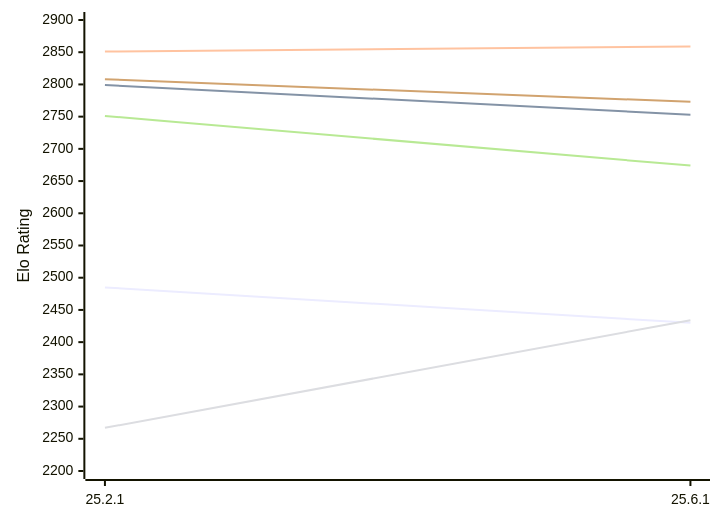
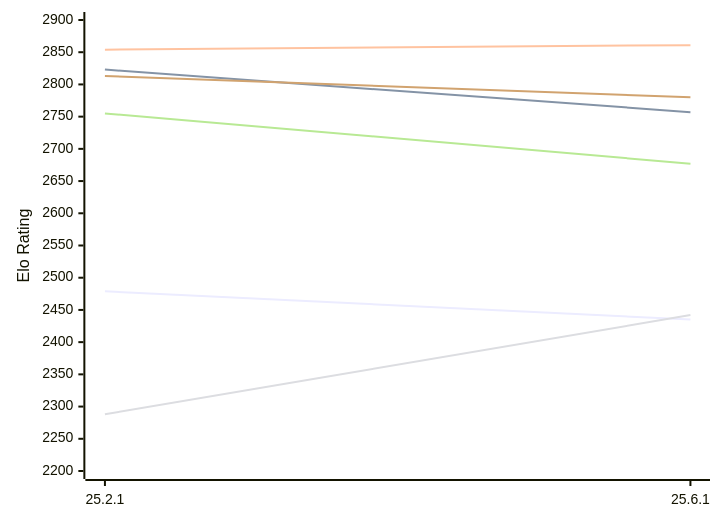
Before and after one commit to computer-chess-index/cci: the first of 2 diagrams in engines/Crafty.md, drawn with Mermaid. The commit also changed other lines of this file, not shown here.

Commit message:
Update CCI Ratings (ELO VLTC) - 2026-11-17

````diff
--- a/engines/Crafty.md
+++ b/engines/Crafty.md
@@ -50,12 +50,12 @@
 ```mermaid
 %%{init: {"theme":"base","themeVariables":{"seriesColors:['#a3a3a3','#222221','#faa371']}}}%%
 xychart-beta
   x-axis ["25.2.1", "25.6.1"]
   y-axis "Elo Rating" 2200 --> 2900
-  line "E1: STC (8.0+0.08s)" [2485, 2430]
-  line "E1: LTC (60.0+0.60s)" [2799, 2753]
-  line "E1: VLTC (2m24s+1.12s)" [2851, 2859]
-  line "P1: STC (8.0+0.08s)" [2267, 2434]
-  line "P1: LTC (60.0+0.60s)" [2751, 2674]
-  line "P1: VLTC (2m24s+1.12s)" [2808, 2773]
+  line "E1: STC (8.0+0.08s)" [2479, 2435]
+  line "E1: LTC (60.0+0.60s)" [2823, 2757]
+  line "E1: VLTC (2m24s+1.12s)" [2854, 2861]
+  line "P1: STC (8.0+0.08s)" [2288, 2442]
+  line "P1: LTC (60.0+0.60s)" [2755, 2677]
+  line "P1: VLTC (2m24s+1.12s)" [2813, 2780]
 ```
````
